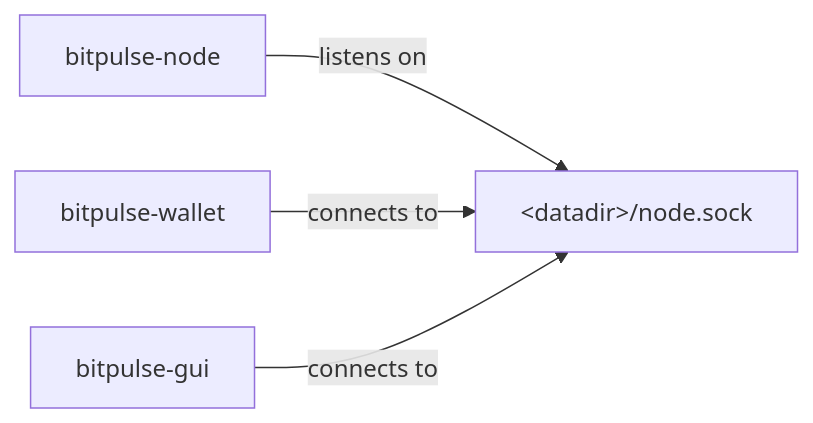
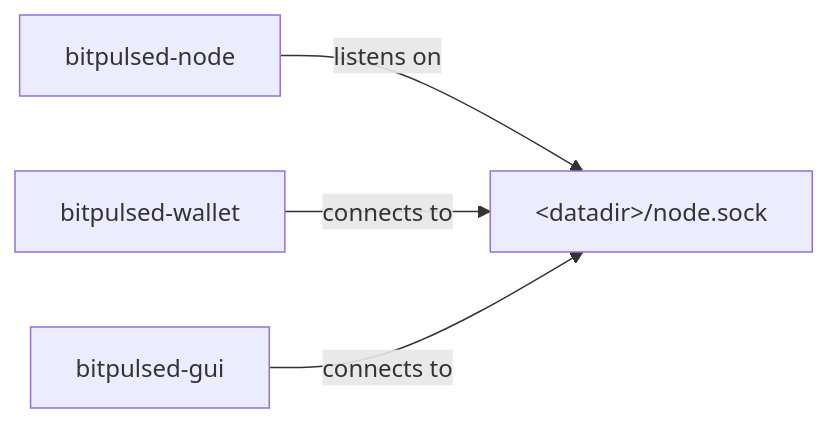
One commit to BigOunceChristo/bitpulse changed the first of 3 diagrams in doc/design/multiprocess.md. Above: the diagram before and after it, drawn with Mermaid. The commit also changed other lines of this file and 1929 other files, not shown here.

````diff
--- a/doc/design/multiprocess.md
+++ b/doc/design/multiprocess.md
@@ -50,6 +50,6 @@
 ```mermaid
 flowchart LR
-    node[bitpulse-node] -- listens on --> socket["&lt;datadir&gt;/node.sock"]
-    wallet[bitpulse-wallet] -- connects to --> socket
-    gui[bitpulse-gui] -- connects to --> socket
+    node[bitpulsed-node] -- listens on --> socket["&lt;datadir&gt;/node.sock"]
+    wallet[bitpulsed-wallet] -- connects to --> socket
+    gui[bitpulsed-gui] -- connects to --> socket
 ```
````
